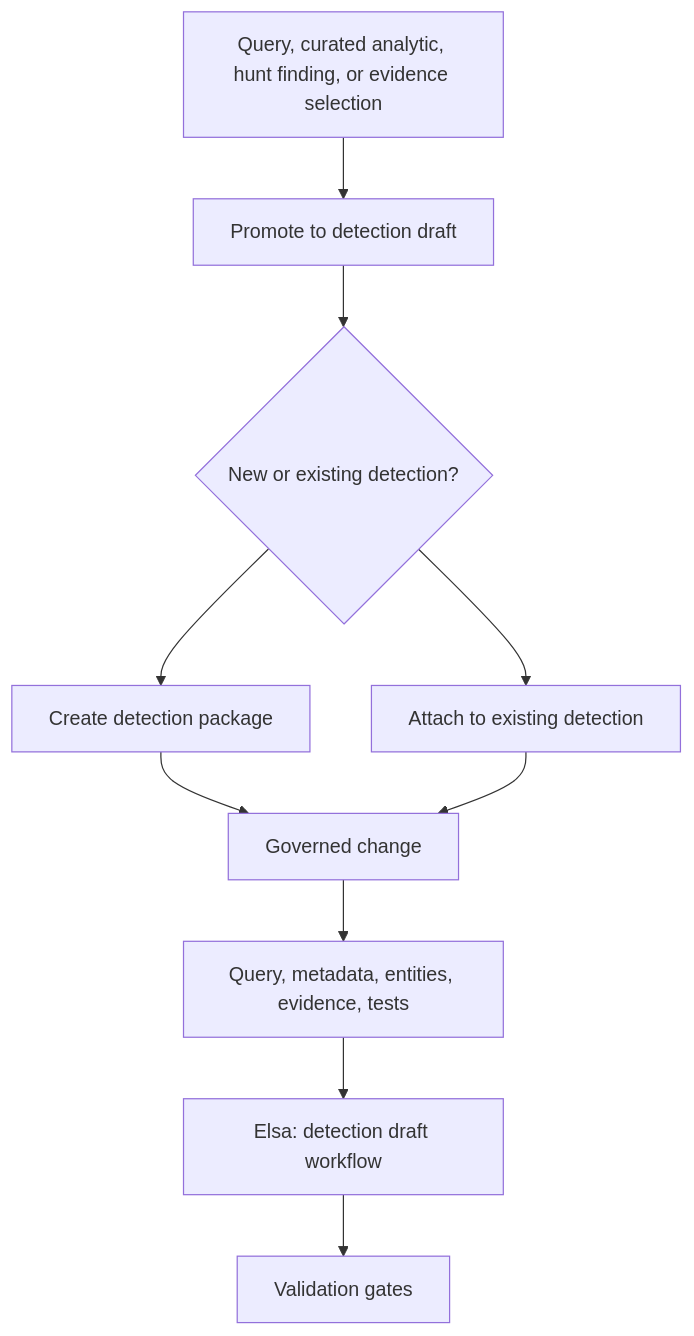
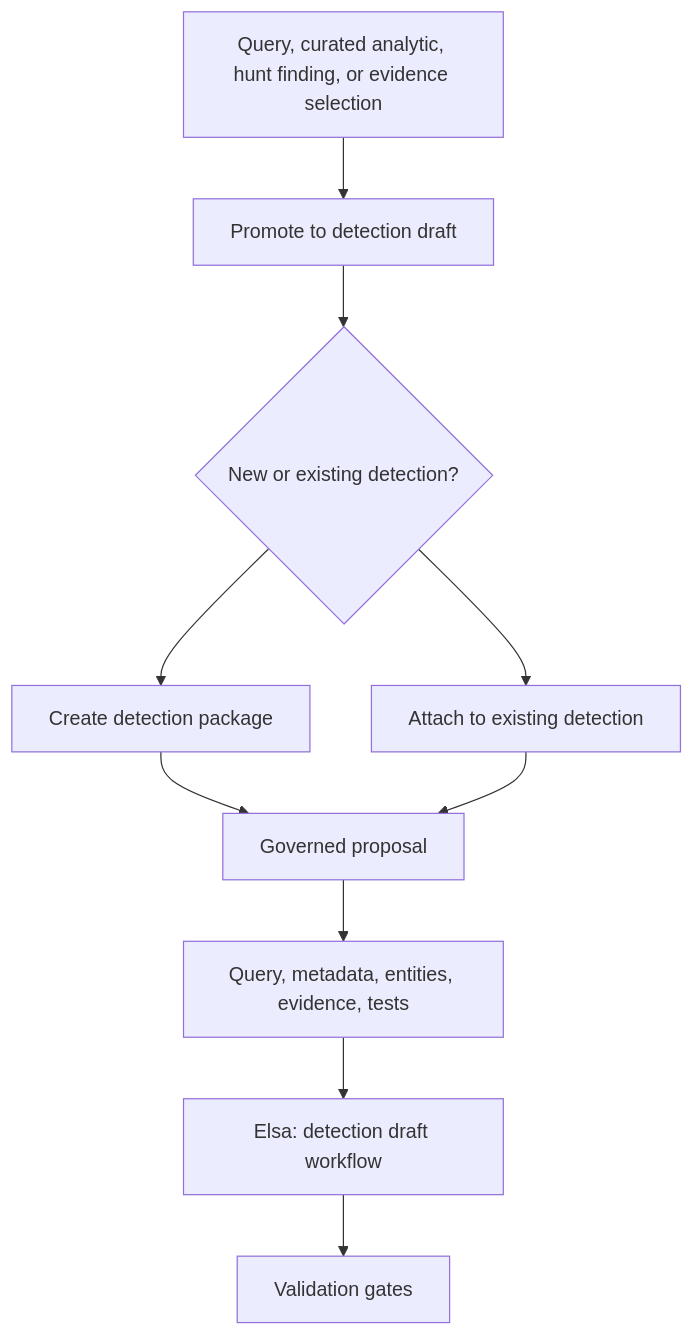
Before and after one commit to DeltaZulu-OU/DeltaZulu.Platform: the sixth of 14 diagrams in docs/TARGET_USER_STORIES.md, drawn with Mermaid. The commit also changed other lines of this file and 23 other files, not shown here.

````diff
--- a/docs/TARGET_USER_STORIES.md
+++ b/docs/TARGET_USER_STORIES.md
@@ -442,12 +442,12 @@
 ```mermaid
 flowchart TD
     Analytic[Query, curated analytic, hunt finding, or evidence selection] --> Promote[Promote to detection draft]
     Promote --> Choose{New or existing detection?}
     Choose --> NewDetection[Create detection package]
     Choose --> ExistingDetection[Attach to existing detection]
-    NewDetection --> Change[Governed change]
-    ExistingDetection --> Change
-    Change --> Metadata[Query, metadata, entities, evidence, tests]
+    NewDetection --> Proposal[Governed proposal]
+    ExistingDetection --> Proposal
+    Proposal --> Metadata[Query, metadata, entities, evidence, tests]
     Metadata --> Workflow[Elsa: detection draft workflow]
     Workflow --> Validation[Validation gates]
 ```
````
